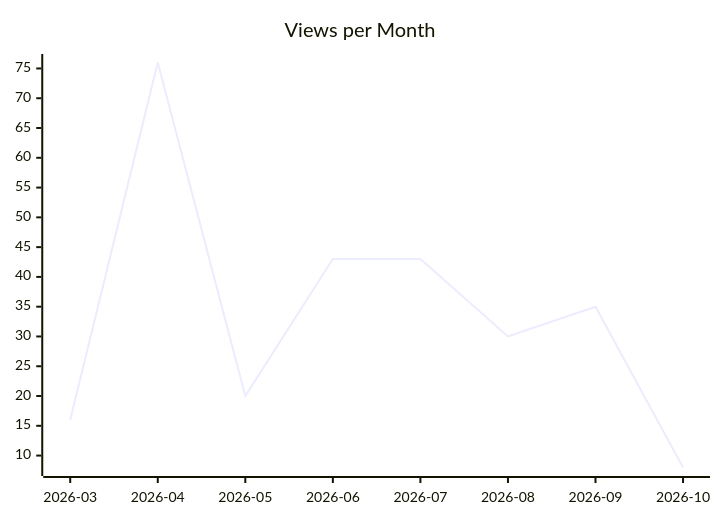
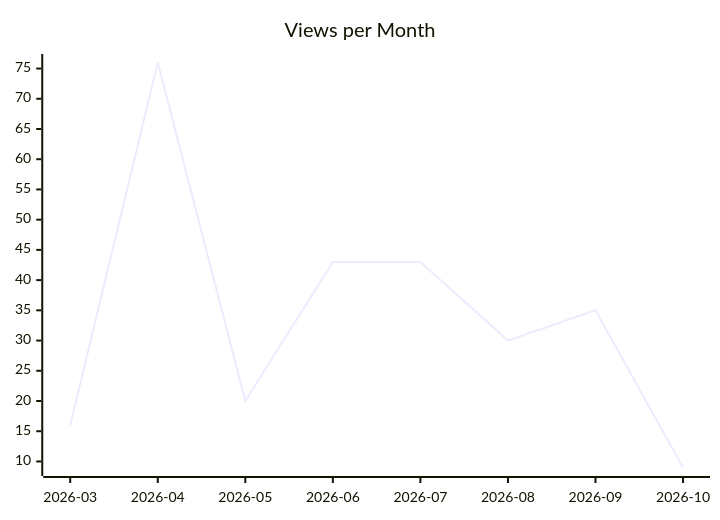
The second of 3 diagrams in karlmdavis/ksoap2-android/README.md (justdavis-family/github-analytics-data), drawn with Mermaid before and after one commit. The commit also changed other lines of this file and 203 other files, not shown here.

````diff
--- a/karlmdavis/ksoap2-android/README.md
+++ b/karlmdavis/ksoap2-android/README.md
@@ -12,6 +12,6 @@
 ```mermaid
 xychart-beta
   title "Views per Month"
   x-axis ["2026-03", "2026-04", "2026-05", "2026-06", "2026-07", "2026-08", "2026-09", "2026-10"]
-  line [16, 76, 20, 43, 43, 30, 35, 8]
+  line [16, 76, 20, 43, 43, 30, 35, 9]
 ```
````
